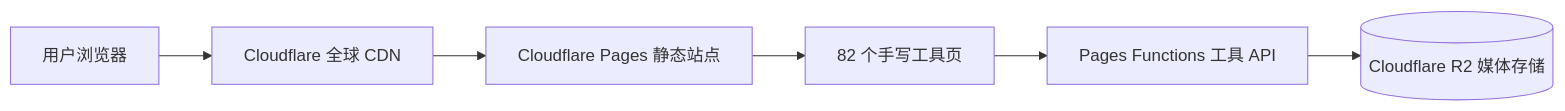
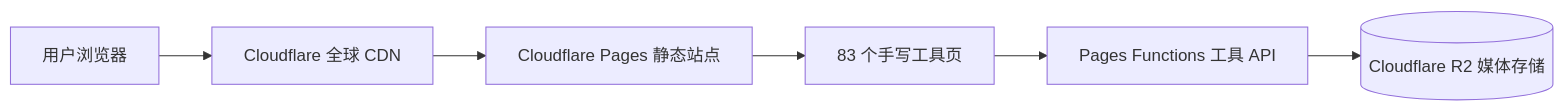
One commit to YupenBob/clover-tools changed the diagram in README.md. Above: the diagram before and after it, drawn with Mermaid. The commit also changed other lines of this file and 31 other files, not shown here.

Commit message:
feat(tool): add 图片格式转换 (image-convert)

````diff
--- a/README.md
+++ b/README.md
@@ -62,8 +62,8 @@
 ```mermaid
 flowchart LR
   U[用户浏览器] --> CF[Cloudflare 全球 CDN]
   CF --> P[Cloudflare Pages 静态站点]
-  P --> T[82 个手写工具页]
+  P --> T[83 个手写工具页]
   T --> F[Pages Functions 工具 API]
   F --> R2[(Cloudflare R2 媒体存储)]
 ```
````
